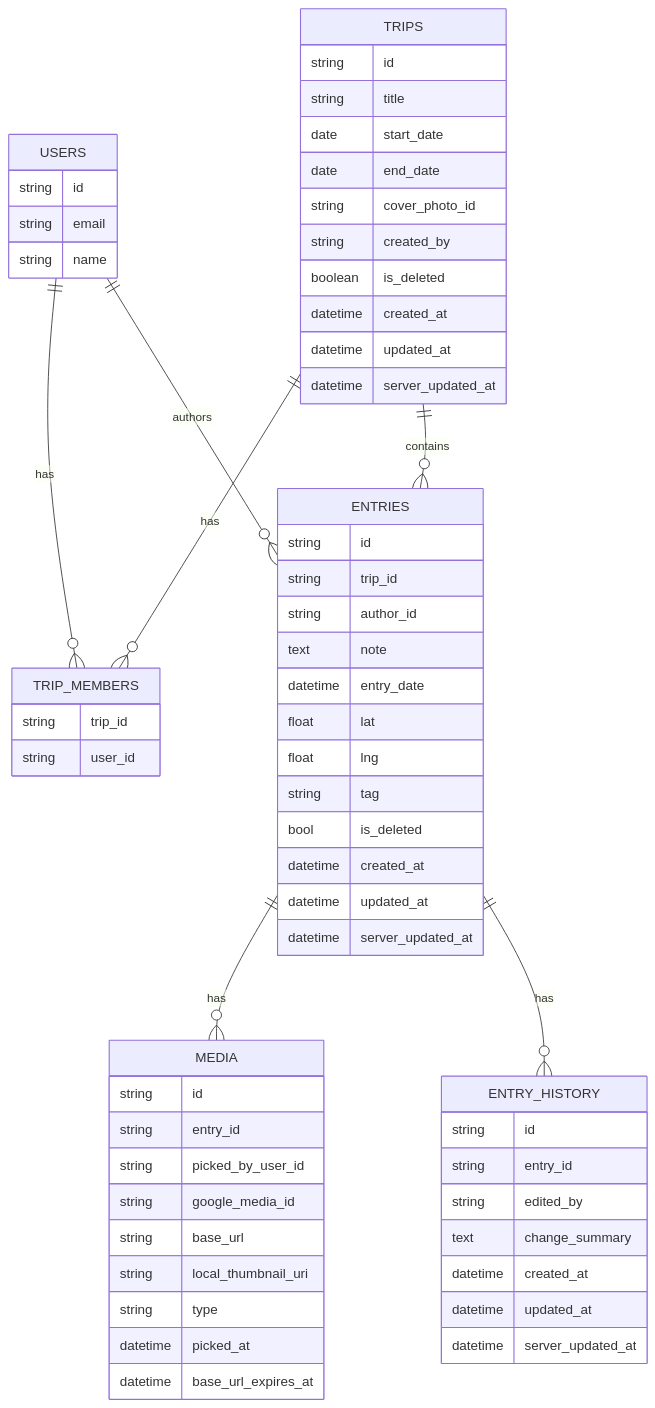
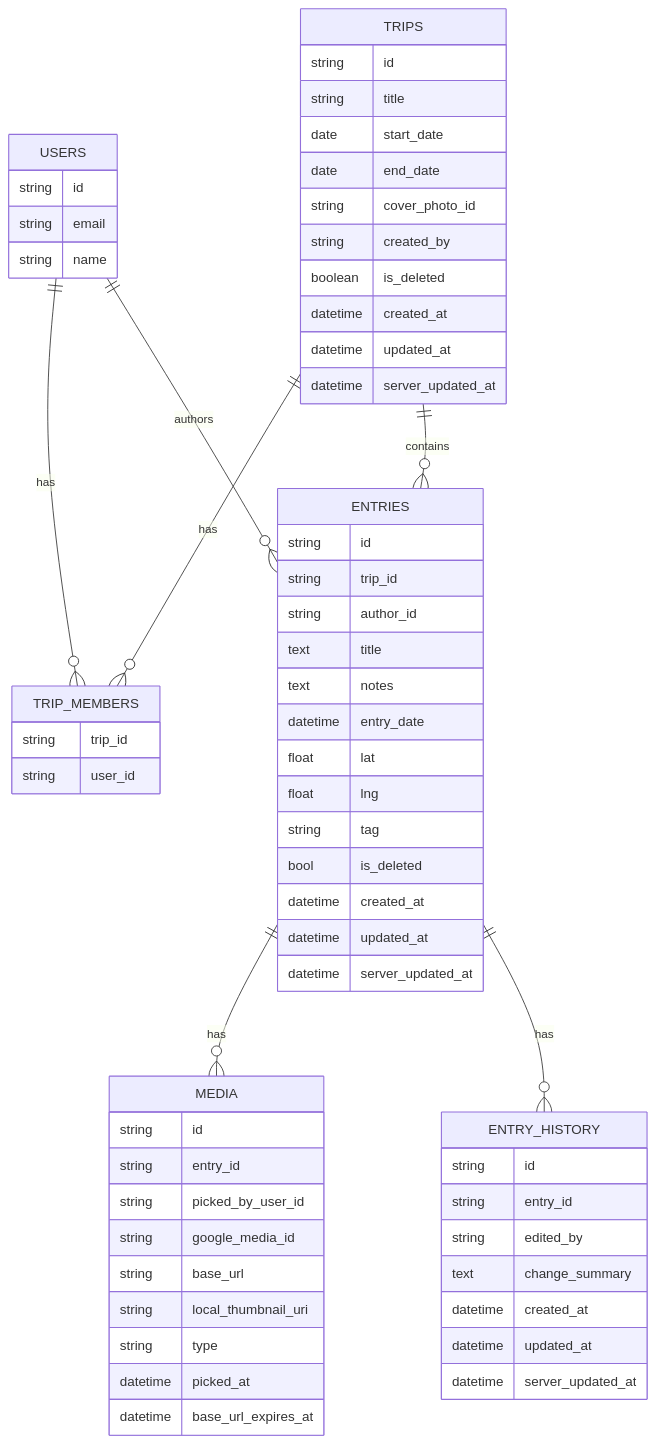
One commit to stevenbister/travel-journal changed the first of 3 diagrams in docs/tdd.md. Above: the diagram before and after it, drawn with Mermaid. The commit also changed other lines of this file and 14 other files, not shown here.

````diff
--- a/docs/tdd.md
+++ b/docs/tdd.md
@@ -26,65 +26,66 @@
 ```mermaid
 erDiagram
     USERS ||--o{ TRIP_MEMBERS : has
     TRIPS ||--o{ TRIP_MEMBERS : has
     TRIPS ||--o{ ENTRIES : contains
     USERS ||--o{ ENTRIES : authors
     ENTRIES ||--o{ MEDIA : has
     ENTRIES ||--o{ ENTRY_HISTORY : has
 
     USERS {
         string id
         string email
         string name
     }
     TRIPS {
         string id
         string title
         date start_date
         date end_date
         string cover_photo_id
         string created_by
         boolean is_deleted
         datetime created_at
         datetime updated_at
         datetime server_updated_at
     }
     TRIP_MEMBERS {
         string trip_id
         string user_id
     }
     ENTRIES {
         string id
         string trip_id
         string author_id
-        text note
+        text title
+        text notes
         datetime entry_date
         float lat
         float lng
         string tag
         bool is_deleted
         datetime created_at
         datetime updated_at
         datetime server_updated_at
     }
     ENTRY_HISTORY {
         string id
         string entry_id
         string edited_by
         text change_summary
         datetime created_at
         datetime updated_at
         datetime server_updated_at
     }
     MEDIA {
         string id
         string entry_id
         string picked_by_user_id
         string google_media_id
         string base_url
         string local_thumbnail_uri
         string type
         datetime picked_at
         datetime base_url_expires_at
     }
 ```
````
